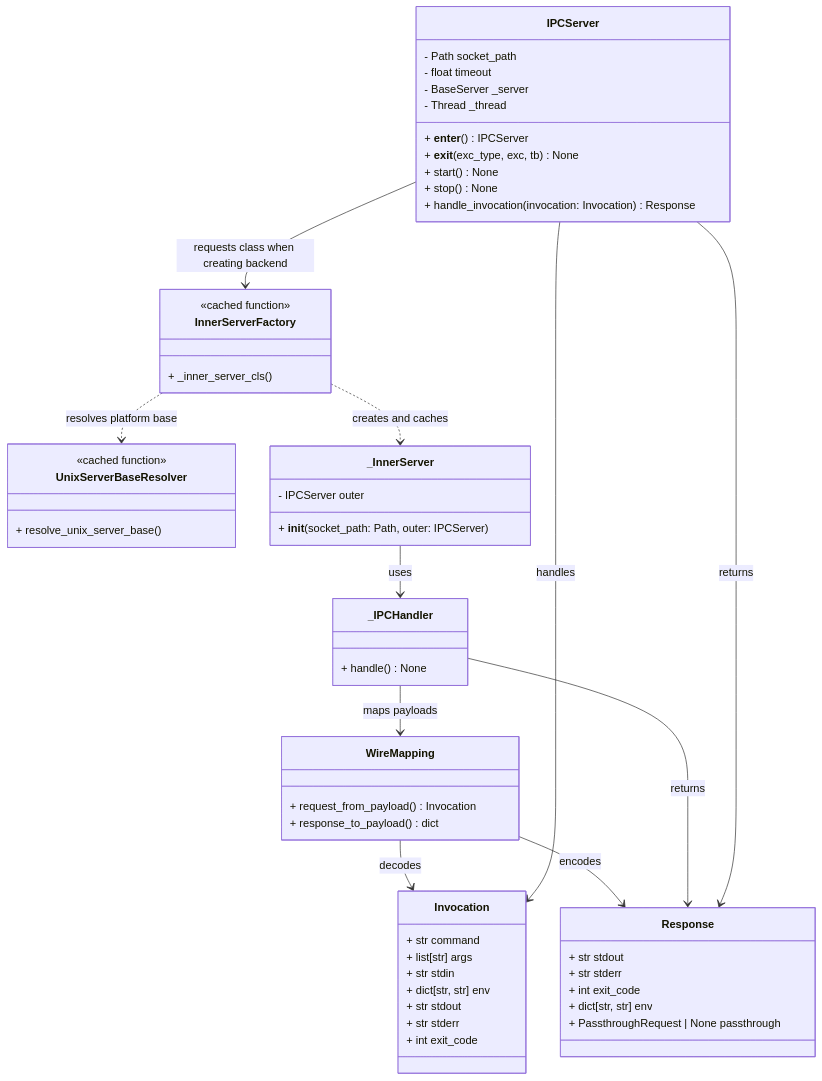
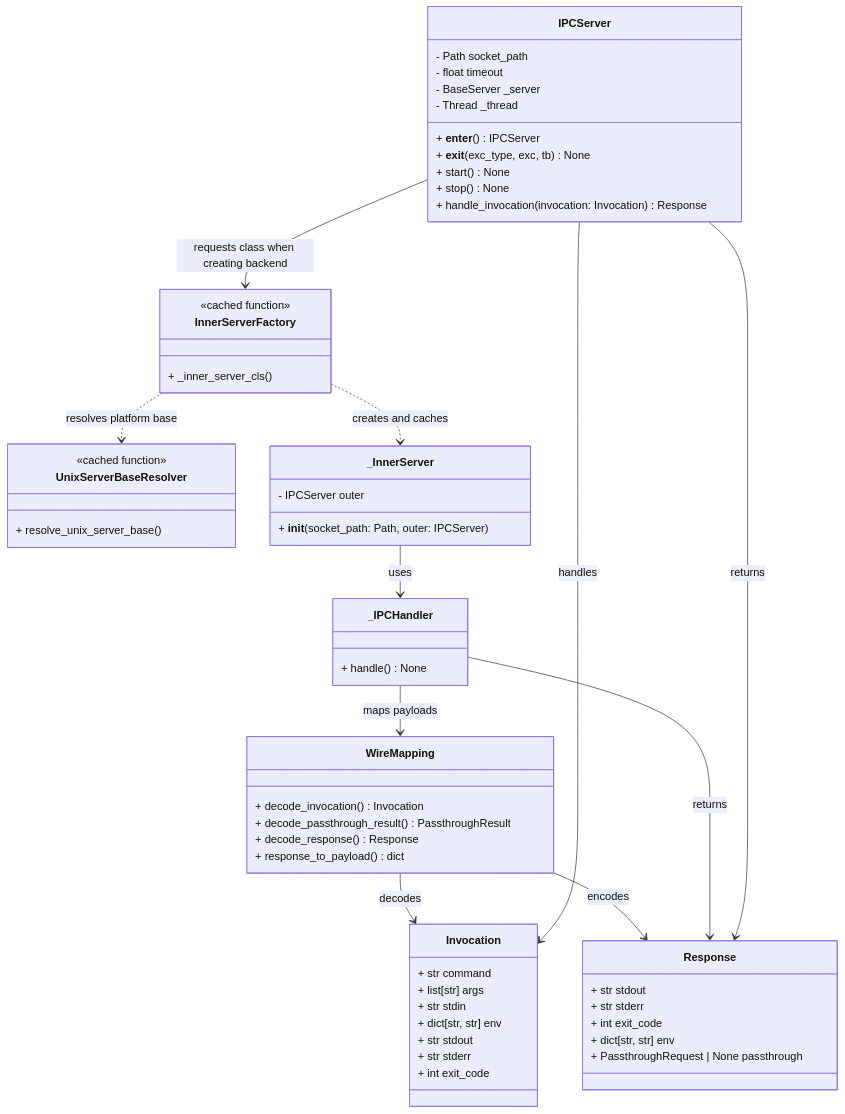
One commit to leynos/cmd-mox changed the ninth of 31 diagrams in docs/python-native-command-mocking-design.md. Above: the diagram before and after it, drawn with Mermaid. The commit also changed other lines of this file and 3 other files, not shown here.

````diff
--- a/docs/python-native-command-mocking-design.md
+++ b/docs/python-native-command-mocking-design.md
@@ -1074,59 +1077,61 @@
 ```mermaid
 classDiagram
     class IPCServer {
         - Path socket_path
         - float timeout
         - BaseServer _server
         - Thread _thread
         + __enter__() IPCServer
         + __exit__(exc_type, exc, tb) None
         + start() None
         + stop() None
         + handle_invocation(invocation: Invocation) Response
     }
     class InnerServerFactory {
         <<cached function>>
         + _inner_server_cls()
     }
     class UnixServerBaseResolver {
         <<cached function>>
         + resolve_unix_server_base()
     }
     class _InnerServer {
         - IPCServer outer
         + __init__(socket_path: Path, outer: IPCServer)
     }
     class _IPCHandler {
         + handle() None
     }
     class Invocation {
         + str command
         + list[str] args
         + str stdin
         + dict[str, str] env
         + str stdout
         + str stderr
         + int exit_code
     }
     class Response {
         + str stdout
         + str stderr
         + int exit_code
         + dict[str, str] env
         + PassthroughRequest | None passthrough
     }
     IPCServer --> InnerServerFactory : requests class when creating backend
     InnerServerFactory ..> UnixServerBaseResolver : resolves platform base
     InnerServerFactory ..> _InnerServer : creates and caches
     _InnerServer --> _IPCHandler : uses
     class WireMapping {
-        + request_from_payload() Invocation
+        + decode_invocation() Invocation
+        + decode_passthrough_result() PassthroughResult
+        + decode_response() Response
         + response_to_payload() dict
     }
     _IPCHandler --> WireMapping : maps payloads
     WireMapping --> Invocation : decodes
     WireMapping --> Response : encodes
     _IPCHandler --> Response : returns
     IPCServer --> Invocation : handles
     IPCServer --> Response : returns
 ```
````
